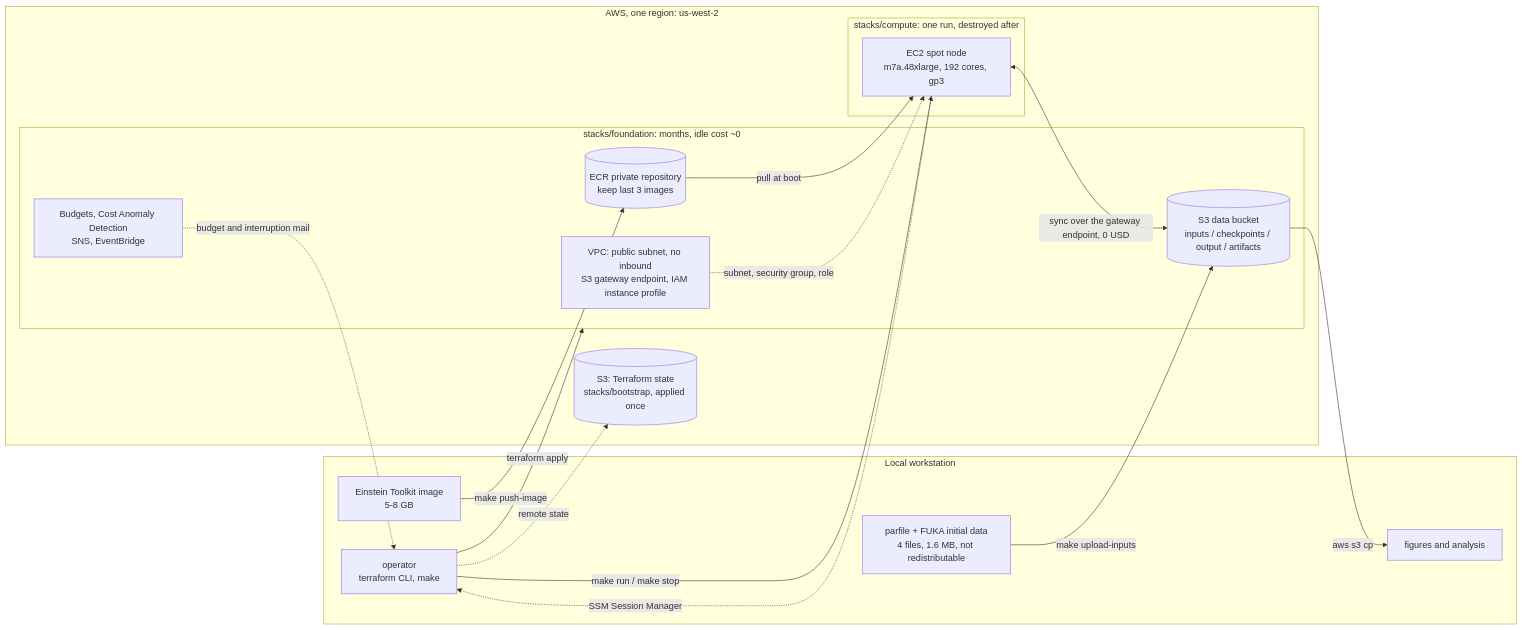
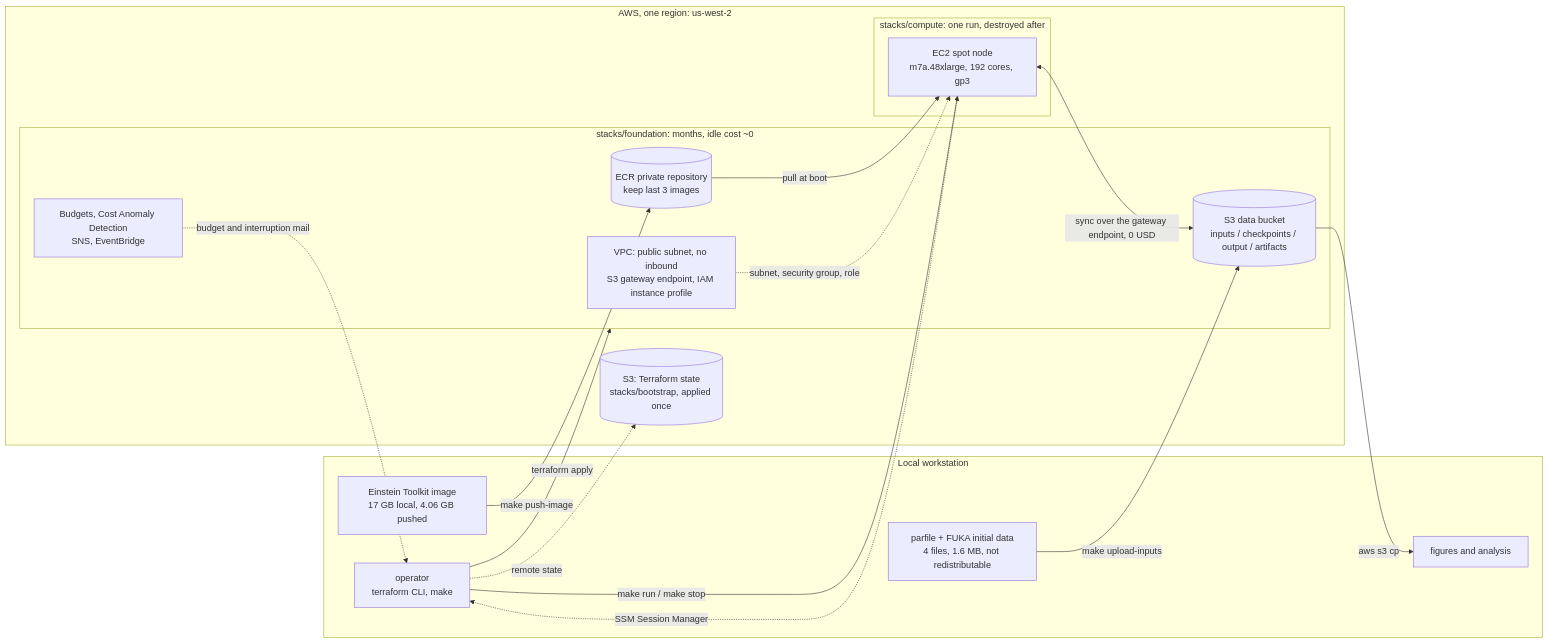
Before and after one commit to s-sasaki-earthsea-wizard/gw230529-einstein-toolkit-aws-tf: the first of 2 diagrams in README.md, drawn with Mermaid. The commit also changed other lines of this file and 6 other files, not shown here.

````diff
--- a/README.md
+++ b/README.md
@@ -11,36 +11,36 @@
 ```mermaid
 flowchart LR
   subgraph WS["Local workstation"]
     OP["operator<br/>terraform CLI, make"]
-    IMG["Einstein Toolkit image<br/>5-8 GB"]
+    IMG["Einstein Toolkit image<br/>17 GB local, 4.06 GB pushed"]
     UP["parfile + FUKA initial data<br/>4 files, 1.6 MB, not redistributable"]
     RES["figures and analysis"]
   end
 
   subgraph AWS["AWS, one region: us-west-2"]
     STATE[("S3: Terraform state<br/>stacks/bootstrap, applied once")]
 
     subgraph FOUND["stacks/foundation: months, idle cost ~0"]
       ECR[("ECR private repository<br/>keep last 3 images")]
       DATA[("S3 data bucket<br/>inputs / checkpoints / output / artifacts")]
       NET["VPC: public subnet, no inbound<br/>S3 gateway endpoint, IAM instance profile"]
       GUARD["Budgets, Cost Anomaly Detection<br/>SNS, EventBridge"]
     end
 
     subgraph COMP["stacks/compute: one run, destroyed after"]
       NODE["EC2 spot node<br/>m7a.48xlarge, 192 cores, gp3"]
     end
   end
 
   IMG -->|make push-image| ECR
   UP -->|make upload-inputs| DATA
   OP -->|terraform apply| FOUND
   OP -->|make run / make stop| NODE
   OP -.->|remote state| STATE
   ECR -->|pull at boot| NODE
   NODE <-->|sync over the gateway endpoint, 0 USD| DATA
   NET -.->|subnet, security group, role| NODE
   NODE -.->|SSM Session Manager| OP
   GUARD -.->|budget and interruption mail| OP
   DATA -->|aws s3 cp| RES
 ```
````
